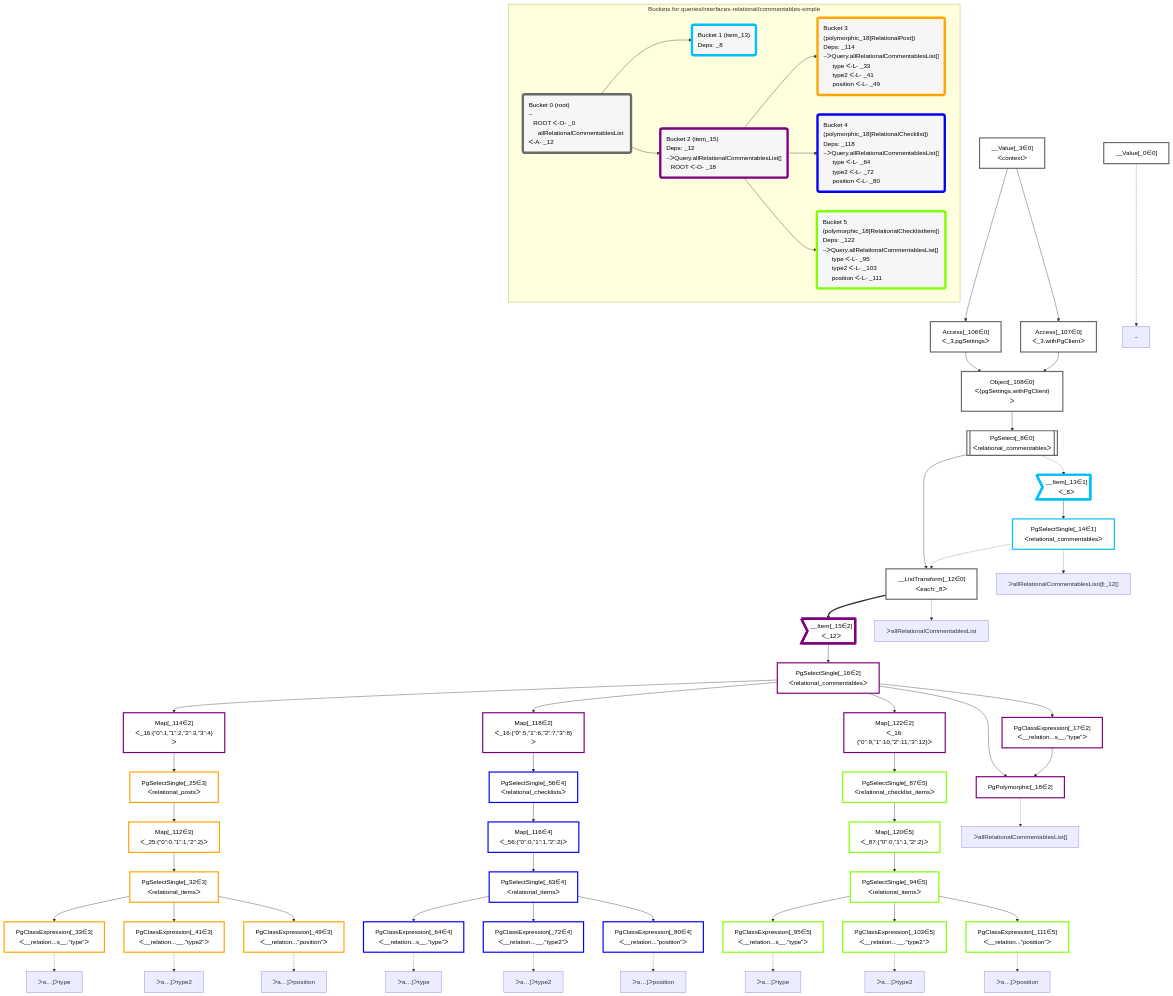
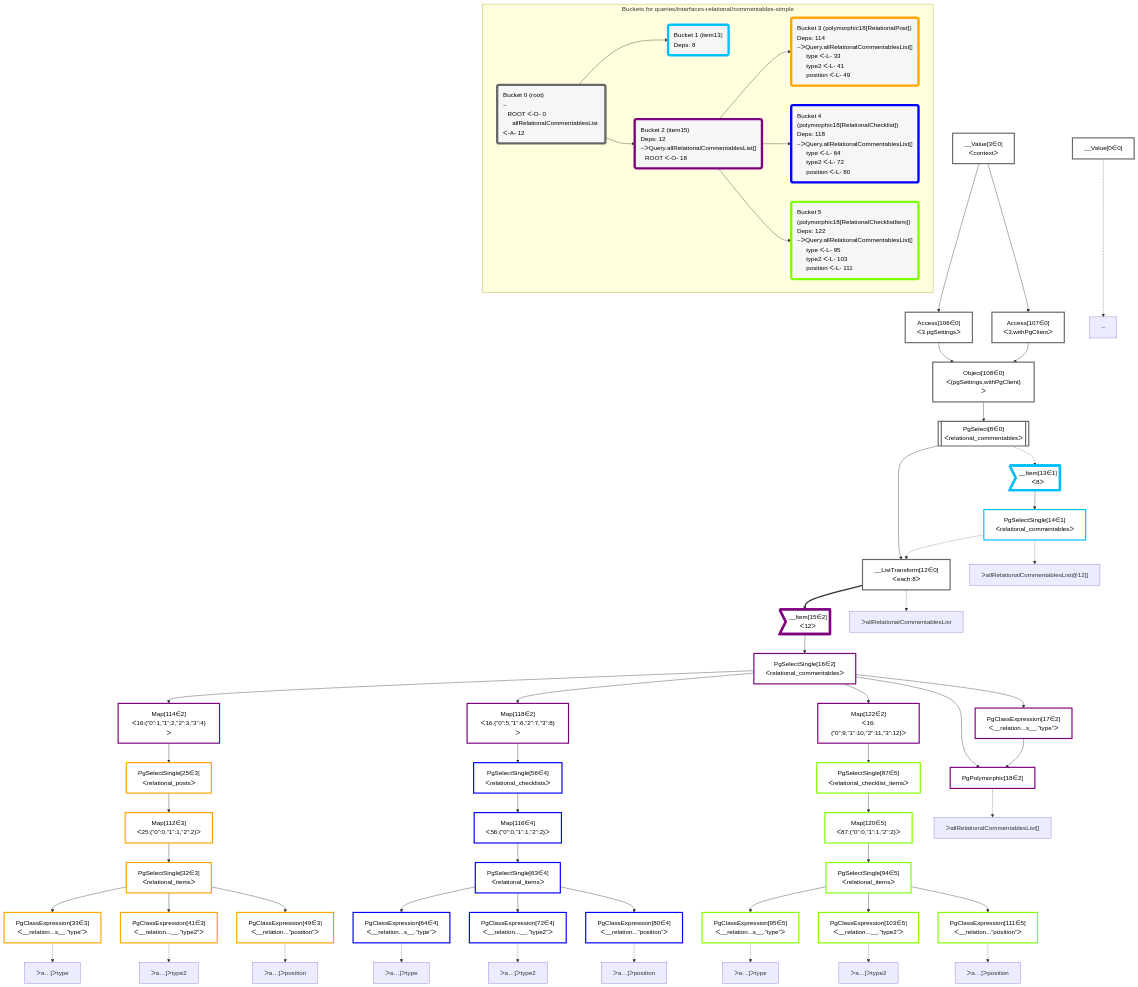
One commit to graphile/crystal changed the diagram in packages/dataplan-pg/__tests__/queries/interfaces-relational/commentables-simple.mermaid.md. Above: the diagram before and after it, drawn with Mermaid. The commit also changed 195 other files, not shown here.

```diff
--- a/packages/dataplan-pg/__tests__/queries/interfaces-relational/commentables-simple.mermaid.md
+++ b/packages/dataplan-pg/__tests__/queries/interfaces-relational/commentables-simple.mermaid.md
@@ -8,123 +8,123 @@
 
 
     %% define plans
-    __Value_0["__Value[_0∈0]"]:::plan
-    PgPolymorphic_18["PgPolymorphic[_18∈2]"]:::plan
-    PgClassExpression_17["PgClassExpression[_17∈2]<br />ᐸ__relation...s__.”type”ᐳ"]:::plan
-    PgClassExpression_33["PgClassExpression[_33∈3]<br />ᐸ__relation...s__.”type”ᐳ"]:::plan
-    PgClassExpression_41["PgClassExpression[_41∈3]<br />ᐸ__relation...__.”type2”ᐳ"]:::plan
-    PgClassExpression_49["PgClassExpression[_49∈3]<br />ᐸ__relation...”position”ᐳ"]:::plan
-    PgSelectSingle_32["PgSelectSingle[_32∈3]<br />ᐸrelational_itemsᐳ"]:::plan
-    Map_112["Map[_112∈3]<br />ᐸ_25:{”0”:0,”1”:1,”2”:2}ᐳ"]:::plan
-    PgSelectSingle_25["PgSelectSingle[_25∈3]<br />ᐸrelational_postsᐳ"]:::plan
-    Map_114["Map[_114∈2]<br />ᐸ_16:{”0”:1,”1”:2,”2”:3,”3”:4}ᐳ"]:::plan
-    PgClassExpression_64["PgClassExpression[_64∈4]<br />ᐸ__relation...s__.”type”ᐳ"]:::plan
-    PgClassExpression_72["PgClassExpression[_72∈4]<br />ᐸ__relation...__.”type2”ᐳ"]:::plan
-    PgClassExpression_80["PgClassExpression[_80∈4]<br />ᐸ__relation...”position”ᐳ"]:::plan
-    PgSelectSingle_63["PgSelectSingle[_63∈4]<br />ᐸrelational_itemsᐳ"]:::plan
-    Map_116["Map[_116∈4]<br />ᐸ_56:{”0”:0,”1”:1,”2”:2}ᐳ"]:::plan
-    PgSelectSingle_56["PgSelectSingle[_56∈4]<br />ᐸrelational_checklistsᐳ"]:::plan
-    Map_118["Map[_118∈2]<br />ᐸ_16:{”0”:5,”1”:6,”2”:7,”3”:8}ᐳ"]:::plan
-    PgClassExpression_95["PgClassExpression[_95∈5]<br />ᐸ__relation...s__.”type”ᐳ"]:::plan
-    PgClassExpression_103["PgClassExpression[_103∈5]<br />ᐸ__relation...__.”type2”ᐳ"]:::plan
-    PgClassExpression_111["PgClassExpression[_111∈5]<br />ᐸ__relation...”position”ᐳ"]:::plan
-    PgSelectSingle_94["PgSelectSingle[_94∈5]<br />ᐸrelational_itemsᐳ"]:::plan
-    Map_120["Map[_120∈5]<br />ᐸ_87:{”0”:0,”1”:1,”2”:2}ᐳ"]:::plan
-    PgSelectSingle_87["PgSelectSingle[_87∈5]<br />ᐸrelational_checklist_itemsᐳ"]:::plan
-    Map_122["Map[_122∈2]<br />ᐸ_16:{”0”:9,”1”:10,”2”:11,”3”:12}ᐳ"]:::plan
-    PgSelectSingle_16["PgSelectSingle[_16∈2]<br />ᐸrelational_commentablesᐳ"]:::plan
-    __Item_15>"__Item[_15∈2]<br />ᐸ_12ᐳ"]:::itemplan
-    __ListTransform_12["__ListTransform[_12∈0]<br />ᐸeach:_8ᐳ"]:::plan
-    PgSelectSingle_14["PgSelectSingle[_14∈1]<br />ᐸrelational_commentablesᐳ"]:::plan
-    __Item_13>"__Item[_13∈1]<br />ᐸ_8ᐳ"]:::itemplan
-    PgSelect_8[["PgSelect[_8∈0]<br />ᐸrelational_commentablesᐳ"]]:::plan
-    Object_108["Object[_108∈0]<br />ᐸ{pgSettings,withPgClient}ᐳ"]:::plan
-    Access_106["Access[_106∈0]<br />ᐸ_3.pgSettingsᐳ"]:::plan
-    Access_107["Access[_107∈0]<br />ᐸ_3.withPgClientᐳ"]:::plan
-    __Value_3["__Value[_3∈0]<br />ᐸcontextᐳ"]:::plan
+    __Value0["__Value[0∈0]"]:::plan
+    PgPolymorphic18["PgPolymorphic[18∈2]"]:::plan
+    PgClassExpression17["PgClassExpression[17∈2]<br />ᐸ__relation...s__.”type”ᐳ"]:::plan
+    PgClassExpression33["PgClassExpression[33∈3]<br />ᐸ__relation...s__.”type”ᐳ"]:::plan
+    PgClassExpression41["PgClassExpression[41∈3]<br />ᐸ__relation...__.”type2”ᐳ"]:::plan
+    PgClassExpression49["PgClassExpression[49∈3]<br />ᐸ__relation...”position”ᐳ"]:::plan
+    PgSelectSingle32["PgSelectSingle[32∈3]<br />ᐸrelational_itemsᐳ"]:::plan
+    Map112["Map[112∈3]<br />ᐸ25:{”0”:0,”1”:1,”2”:2}ᐳ"]:::plan
+    PgSelectSingle25["PgSelectSingle[25∈3]<br />ᐸrelational_postsᐳ"]:::plan
+    Map114["Map[114∈2]<br />ᐸ16:{”0”:1,”1”:2,”2”:3,”3”:4}ᐳ"]:::plan
+    PgClassExpression64["PgClassExpression[64∈4]<br />ᐸ__relation...s__.”type”ᐳ"]:::plan
+    PgClassExpression72["PgClassExpression[72∈4]<br />ᐸ__relation...__.”type2”ᐳ"]:::plan
+    PgClassExpression80["PgClassExpression[80∈4]<br />ᐸ__relation...”position”ᐳ"]:::plan
+    PgSelectSingle63["PgSelectSingle[63∈4]<br />ᐸrelational_itemsᐳ"]:::plan
+    Map116["Map[116∈4]<br />ᐸ56:{”0”:0,”1”:1,”2”:2}ᐳ"]:::plan
+    PgSelectSingle56["PgSelectSingle[56∈4]<br />ᐸrelational_checklistsᐳ"]:::plan
+    Map118["Map[118∈2]<br />ᐸ16:{”0”:5,”1”:6,”2”:7,”3”:8}ᐳ"]:::plan
+    PgClassExpression95["PgClassExpression[95∈5]<br />ᐸ__relation...s__.”type”ᐳ"]:::plan
+    PgClassExpression103["PgClassExpression[103∈5]<br />ᐸ__relation...__.”type2”ᐳ"]:::plan
+    PgClassExpression111["PgClassExpression[111∈5]<br />ᐸ__relation...”position”ᐳ"]:::plan
+    PgSelectSingle94["PgSelectSingle[94∈5]<br />ᐸrelational_itemsᐳ"]:::plan
+    Map120["Map[120∈5]<br />ᐸ87:{”0”:0,”1”:1,”2”:2}ᐳ"]:::plan
+    PgSelectSingle87["PgSelectSingle[87∈5]<br />ᐸrelational_checklist_itemsᐳ"]:::plan
+    Map122["Map[122∈2]<br />ᐸ16:{”0”:9,”1”:10,”2”:11,”3”:12}ᐳ"]:::plan
+    PgSelectSingle16["PgSelectSingle[16∈2]<br />ᐸrelational_commentablesᐳ"]:::plan
+    __Item15>"__Item[15∈2]<br />ᐸ12ᐳ"]:::itemplan
+    __ListTransform12["__ListTransform[12∈0]<br />ᐸeach:8ᐳ"]:::plan
+    PgSelectSingle14["PgSelectSingle[14∈1]<br />ᐸrelational_commentablesᐳ"]:::plan
+    __Item13>"__Item[13∈1]<br />ᐸ8ᐳ"]:::itemplan
+    PgSelect8[["PgSelect[8∈0]<br />ᐸrelational_commentablesᐳ"]]:::plan
+    Object108["Object[108∈0]<br />ᐸ{pgSettings,withPgClient}ᐳ"]:::plan
+    Access106["Access[106∈0]<br />ᐸ3.pgSettingsᐳ"]:::plan
+    Access107["Access[107∈0]<br />ᐸ3.withPgClientᐳ"]:::plan
+    __Value3["__Value[3∈0]<br />ᐸcontextᐳ"]:::plan
 
     %% plan dependencies
-    PgSelectSingle_16 & PgClassExpression_17 --> PgPolymorphic_18
-    PgSelectSingle_16 --> PgClassExpression_17
-    PgSelectSingle_32 --> PgClassExpression_33
-    PgSelectSingle_32 --> PgClassExpression_41
-    PgSelectSingle_32 --> PgClassExpression_49
-    Map_112 --> PgSelectSingle_32
-    PgSelectSingle_25 --> Map_112
-    Map_114 --> PgSelectSingle_25
-    PgSelectSingle_16 --> Map_114
-    PgSelectSingle_63 --> PgClassExpression_64
-    PgSelectSingle_63 --> PgClassExpression_72
-    PgSelectSingle_63 --> PgClassExpression_80
-    Map_116 --> PgSelectSingle_63
-    PgSelectSingle_56 --> Map_116
-    Map_118 --> PgSelectSingle_56
-    PgSelectSingle_16 --> Map_118
-    PgSelectSingle_94 --> PgClassExpression_95
-    PgSelectSingle_94 --> PgClassExpression_103
-    PgSelectSingle_94 --> PgClassExpression_111
-    Map_120 --> PgSelectSingle_94
-    PgSelectSingle_87 --> Map_120
-    Map_122 --> PgSelectSingle_87
-    PgSelectSingle_16 --> Map_122
-    __Item_15 --> PgSelectSingle_16
-    __ListTransform_12 ==> __Item_15
-    PgSelect_8 --> __ListTransform_12
-    PgSelectSingle_14 -.-> __ListTransform_12
-    __Item_13 --> PgSelectSingle_14
-    PgSelect_8 -.-> __Item_13
-    Object_108 --> PgSelect_8
-    Access_106 & Access_107 --> Object_108
-    __Value_3 --> Access_106
-    __Value_3 --> Access_107
+    PgSelectSingle16 & PgClassExpression17 --> PgPolymorphic18
+    PgSelectSingle16 --> PgClassExpression17
+    PgSelectSingle32 --> PgClassExpression33
+    PgSelectSingle32 --> PgClassExpression41
+    PgSelectSingle32 --> PgClassExpression49
+    Map112 --> PgSelectSingle32
+    PgSelectSingle25 --> Map112
+    Map114 --> PgSelectSingle25
+    PgSelectSingle16 --> Map114
+    PgSelectSingle63 --> PgClassExpression64
+    PgSelectSingle63 --> PgClassExpression72
+    PgSelectSingle63 --> PgClassExpression80
+    Map116 --> PgSelectSingle63
+    PgSelectSingle56 --> Map116
+    Map118 --> PgSelectSingle56
+    PgSelectSingle16 --> Map118
+    PgSelectSingle94 --> PgClassExpression95
+    PgSelectSingle94 --> PgClassExpression103
+    PgSelectSingle94 --> PgClassExpression111
+    Map120 --> PgSelectSingle94
+    PgSelectSingle87 --> Map120
+    Map122 --> PgSelectSingle87
+    PgSelectSingle16 --> Map122
+    __Item15 --> PgSelectSingle16
+    __ListTransform12 ==> __Item15
+    PgSelect8 --> __ListTransform12
+    PgSelectSingle14 -.-> __ListTransform12
+    __Item13 --> PgSelectSingle14
+    PgSelect8 -.-> __Item13
+    Object108 --> PgSelect8
+    Access106 & Access107 --> Object108
+    __Value3 --> Access106
+    __Value3 --> Access107
 
     %% plan-to-path relationships
-    P_0["~"]
-    __Value_0 -.-> P_0
-    P_12["ᐳallRelationalCommentablesList"]
-    __ListTransform_12 -.-> P_12
-    P_14["ᐳallRelationalCommentablesList@_12[]"]
-    PgSelectSingle_14 -.-> P_14
-    P_18["ᐳallRelationalCommentablesList[]"]
-    PgPolymorphic_18 -.-> P_18
-    P_33["ᐳa…]ᐳtype"]
-    PgClassExpression_33 -.-> P_33
-    P_41["ᐳa…]ᐳtype2"]
-    PgClassExpression_41 -.-> P_41
-    P_49["ᐳa…]ᐳposition"]
-    PgClassExpression_49 -.-> P_49
-    P_64["ᐳa…]ᐳtype"]
-    PgClassExpression_64 -.-> P_64
-    P_72["ᐳa…]ᐳtype2"]
-    PgClassExpression_72 -.-> P_72
-    P_80["ᐳa…]ᐳposition"]
-    PgClassExpression_80 -.-> P_80
-    P_95["ᐳa…]ᐳtype"]
-    PgClassExpression_95 -.-> P_95
-    P_103["ᐳa…]ᐳtype2"]
-    PgClassExpression_103 -.-> P_103
-    P_111["ᐳa…]ᐳposition"]
-    PgClassExpression_111 -.-> P_111
+    P0["~"]
+    __Value0 -.-> P0
+    P12["ᐳallRelationalCommentablesList"]
+    __ListTransform12 -.-> P12
+    P14["ᐳallRelationalCommentablesList@12[]"]
+    PgSelectSingle14 -.-> P14
+    P18["ᐳallRelationalCommentablesList[]"]
+    PgPolymorphic18 -.-> P18
+    P33["ᐳa…]ᐳtype"]
+    PgClassExpression33 -.-> P33
+    P41["ᐳa…]ᐳtype2"]
+    PgClassExpression41 -.-> P41
+    P49["ᐳa…]ᐳposition"]
+    PgClassExpression49 -.-> P49
+    P64["ᐳa…]ᐳtype"]
+    PgClassExpression64 -.-> P64
+    P72["ᐳa…]ᐳtype2"]
+    PgClassExpression72 -.-> P72
+    P80["ᐳa…]ᐳposition"]
+    PgClassExpression80 -.-> P80
+    P95["ᐳa…]ᐳtype"]
+    PgClassExpression95 -.-> P95
+    P103["ᐳa…]ᐳtype2"]
+    PgClassExpression103 -.-> P103
+    P111["ᐳa…]ᐳposition"]
+    PgClassExpression111 -.-> P111
 
     subgraph "Buckets for queries/interfaces-relational/commentables-simple"
-    Bucket0("Bucket 0 (root)<br />~<br />⠀ROOT ᐸ-O- _0<br />⠀⠀allRelationalCommentablesList ᐸ-A- _12"):::bucket
+    Bucket0("Bucket 0 (root)<br />~<br />⠀ROOT ᐸ-O- 0<br />⠀⠀allRelationalCommentablesList ᐸ-A- 12"):::bucket
     classDef bucket0 stroke:#696969
-    class Bucket0,__Value_0,__Value_3,PgSelect_8,__ListTransform_12,Access_106,Access_107,Object_108 bucket0
-    Bucket1("Bucket 1 (item_13)<br />Deps: _8"):::bucket
+    class Bucket0,__Value0,__Value3,PgSelect8,__ListTransform12,Access106,Access107,Object108 bucket0
+    Bucket1("Bucket 1 (item13)<br />Deps: 8"):::bucket
     classDef bucket1 stroke:#00bfff
-    class Bucket1,__Item_13,PgSelectSingle_14 bucket1
-    Bucket2("Bucket 2 (item_15)<br />Deps: _12<br />~ᐳQuery.allRelationalCommentablesList[]<br />⠀ROOT ᐸ-O- _18"):::bucket
+    class Bucket1,__Item13,PgSelectSingle14 bucket1
+    Bucket2("Bucket 2 (item15)<br />Deps: 12<br />~ᐳQuery.allRelationalCommentablesList[]<br />⠀ROOT ᐸ-O- 18"):::bucket
     classDef bucket2 stroke:#7f007f
-    class Bucket2,__Item_15,PgSelectSingle_16,PgClassExpression_17,PgPolymorphic_18,Map_114,Map_118,Map_122 bucket2
-    Bucket3("Bucket 3 (polymorphic_18[RelationalPost])<br />Deps: _114<br />~ᐳQuery.allRelationalCommentablesList[]<br />⠀⠀type ᐸ-L- _33<br />⠀⠀type2 ᐸ-L- _41<br />⠀⠀position ᐸ-L- _49"):::bucket
+    class Bucket2,__Item15,PgSelectSingle16,PgClassExpression17,PgPolymorphic18,Map114,Map118,Map122 bucket2
+    Bucket3("Bucket 3 (polymorphic18[RelationalPost])<br />Deps: 114<br />~ᐳQuery.allRelationalCommentablesList[]<br />⠀⠀type ᐸ-L- 33<br />⠀⠀type2 ᐸ-L- 41<br />⠀⠀position ᐸ-L- 49"):::bucket
     classDef bucket3 stroke:#ffa500
-    class Bucket3,PgSelectSingle_25,PgSelectSingle_32,PgClassExpression_33,PgClassExpression_41,PgClassExpression_49,Map_112 bucket3
-    Bucket4("Bucket 4 (polymorphic_18[RelationalChecklist])<br />Deps: _118<br />~ᐳQuery.allRelationalCommentablesList[]<br />⠀⠀type ᐸ-L- _64<br />⠀⠀type2 ᐸ-L- _72<br />⠀⠀position ᐸ-L- _80"):::bucket
+    class Bucket3,PgSelectSingle25,PgSelectSingle32,PgClassExpression33,PgClassExpression41,PgClassExpression49,Map112 bucket3
+    Bucket4("Bucket 4 (polymorphic18[RelationalChecklist])<br />Deps: 118<br />~ᐳQuery.allRelationalCommentablesList[]<br />⠀⠀type ᐸ-L- 64<br />⠀⠀type2 ᐸ-L- 72<br />⠀⠀position ᐸ-L- 80"):::bucket
     classDef bucket4 stroke:#0000ff
-    class Bucket4,PgSelectSingle_56,PgSelectSingle_63,PgClassExpression_64,PgClassExpression_72,PgClassExpression_80,Map_116 bucket4
-    Bucket5("Bucket 5 (polymorphic_18[RelationalChecklistItem])<br />Deps: _122<br />~ᐳQuery.allRelationalCommentablesList[]<br />⠀⠀type ᐸ-L- _95<br />⠀⠀type2 ᐸ-L- _103<br />⠀⠀position ᐸ-L- _111"):::bucket
+    class Bucket4,PgSelectSingle56,PgSelectSingle63,PgClassExpression64,PgClassExpression72,PgClassExpression80,Map116 bucket4
+    Bucket5("Bucket 5 (polymorphic18[RelationalChecklistItem])<br />Deps: 122<br />~ᐳQuery.allRelationalCommentablesList[]<br />⠀⠀type ᐸ-L- 95<br />⠀⠀type2 ᐸ-L- 103<br />⠀⠀position ᐸ-L- 111"):::bucket
     classDef bucket5 stroke:#7fff00
-    class Bucket5,PgSelectSingle_87,PgSelectSingle_94,PgClassExpression_95,PgClassExpression_103,PgClassExpression_111,Map_120 bucket5
+    class Bucket5,PgSelectSingle87,PgSelectSingle94,PgClassExpression95,PgClassExpression103,PgClassExpression111,Map120 bucket5
     Bucket0 --> Bucket1 & Bucket2
     Bucket2 --> Bucket3 & Bucket4 & Bucket5
     end
```
